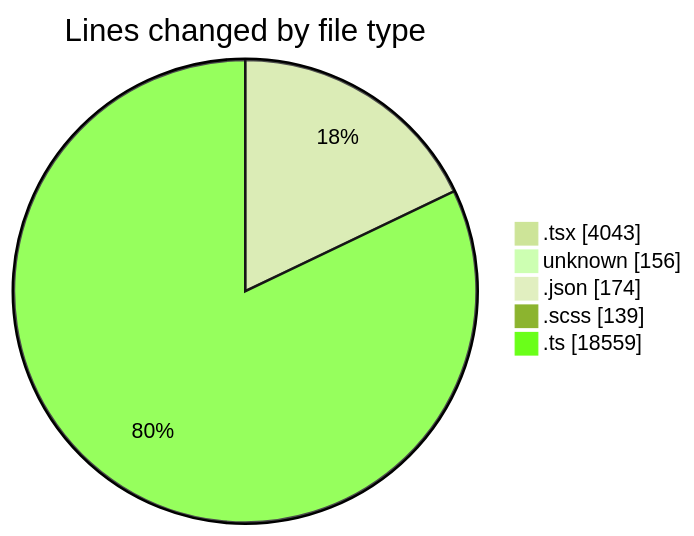
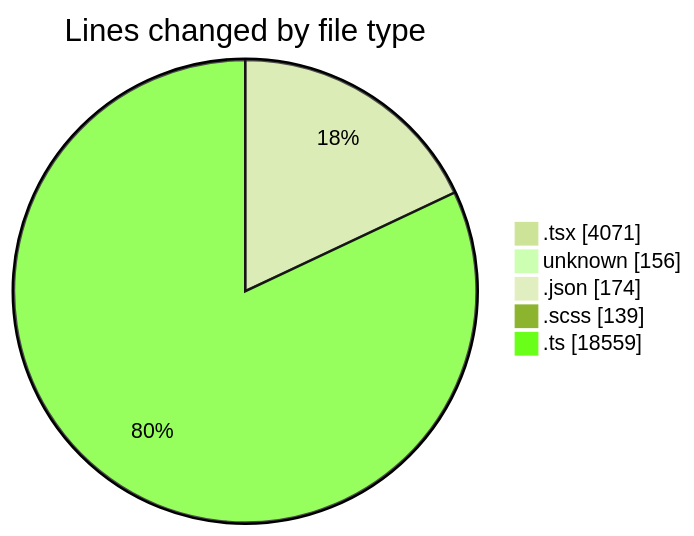
Before and after one commit to momahboobian/code-tracking: the first of 2 diagrams in 2026-09-28/cda/README.md, drawn with Mermaid (forest theme). The commit also changed other lines of this file and 1 other file, not shown here.

````diff
--- a/2026-09-28/cda/README.md
+++ b/2026-09-28/cda/README.md
@@ -41,9 +41,9 @@
 ```mermaid
 pie showData
 title Lines changed by file type
-".tsx" : 4043
+".tsx" : 4071
 "unknown" : 156
 ".json" : 174
 ".scss" : 139
 ".ts" : 18559
 ```
````
